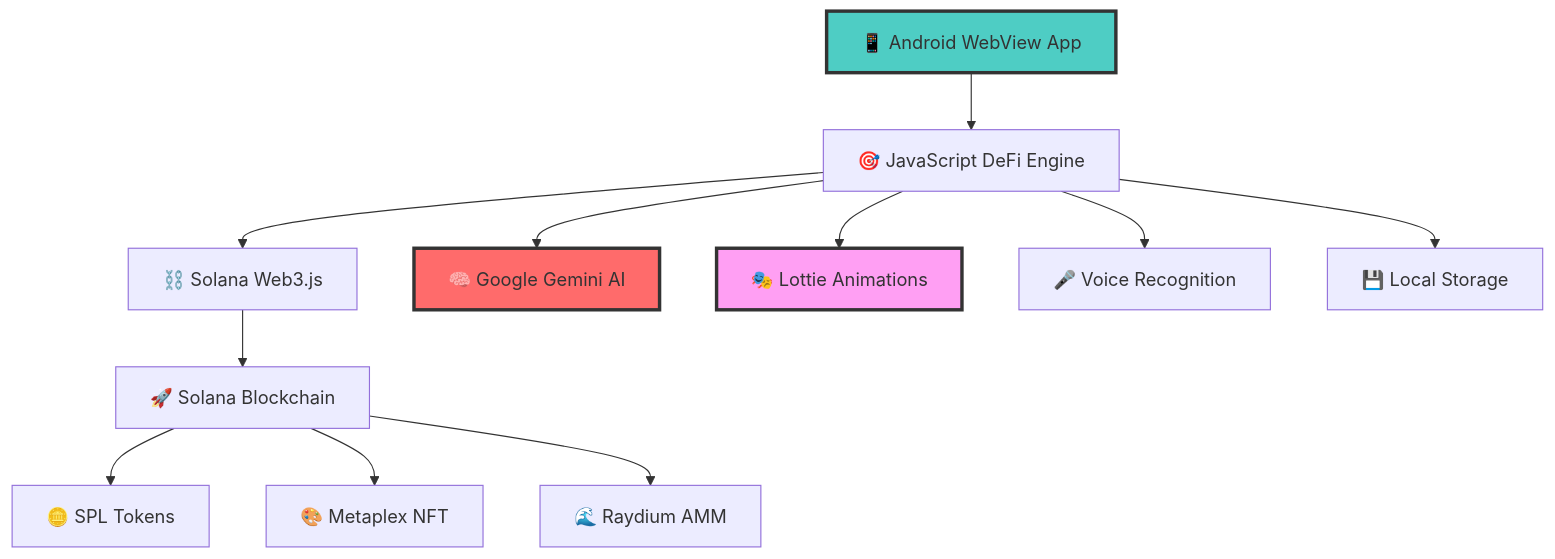
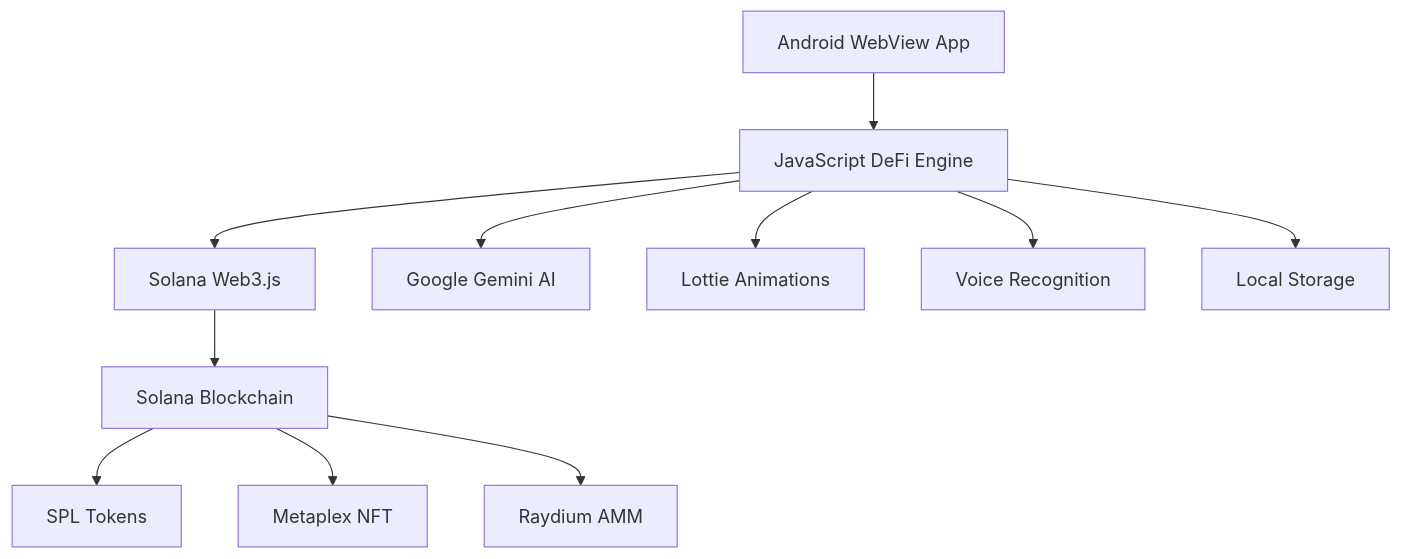
The diagram in README.md (johnnyduo/Bife), drawn with Mermaid before and after one commit. The commit also changed other lines of this file, not shown here.

````diff
--- a/README.md
+++ b/README.md
@@ -139,17 +125,13 @@
 ```mermaid
 graph TB
-    A[📱 Android WebView App] --> B[🎯 JavaScript DeFi Engine]
-    B --> C[⛓️ Solana Web3.js]
-    B --> D[🧠 Google Gemini AI]
-    B --> E[🎭 Lottie Animations]
-    C --> F[🚀 Solana Blockchain]
-    F --> G[🪙 SPL Tokens]
-    F --> H[🎨 Metaplex NFT]
-    F --> I[🌊 Raydium AMM]
-    B --> J[🎤 Voice Recognition]
-    B --> K[💾 Local Storage]
-    
-    style E fill:#ff9ff3,stroke:#333,stroke-width:3px
-    style D fill:#ff6b6b,stroke:#333,stroke-width:3px
-    style A fill:#4ecdc4,stroke:#333,stroke-width:3px
+    A[Android WebView App] --> B[JavaScript DeFi Engine]
+    B --> C[Solana Web3.js]
+    B --> D[Google Gemini AI]
+    B --> E[Lottie Animations]
+    C --> F[Solana Blockchain]
+    F --> G[SPL Tokens]
+    F --> H[Metaplex NFT]
+    F --> I[Raydium AMM]
+    B --> J[Voice Recognition]
+    B --> K[Local Storage]
 ```
````
